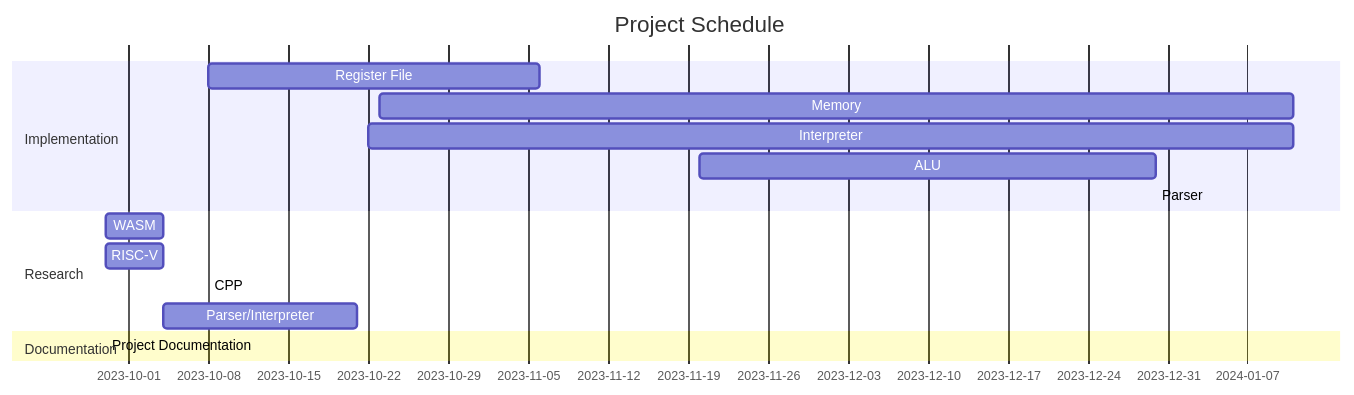
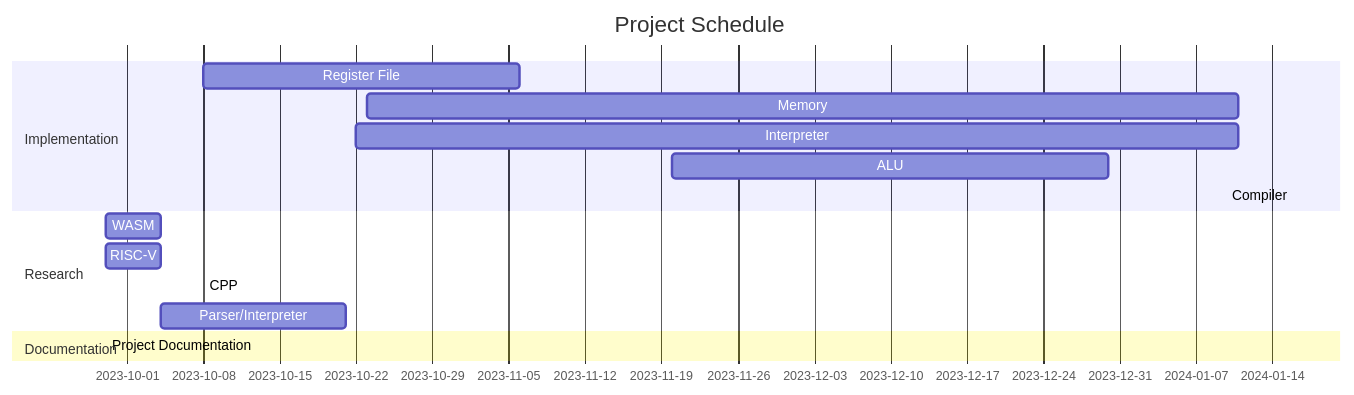
The diagram in doc/schedule.md (ldcas-uc3m/TFG), drawn with Mermaid before and after one commit. The commit also changed 15 other files, not shown here.

````diff
--- a/doc/schedule.md
+++ b/doc/schedule.md
@@ -3,27 +3,25 @@
 ``` mermaid
 gantt
     title Project Schedule
     dateFormat DD/MM/YY
 
     section Implementation
         Register File: 08/10/23, 06/11/23
         Memory: 23/10/23, 11/01/24
         Interpreter: 22/10/23, 11/01/24
         ALU: 20/11/23, 30/12/23
-        %% TODO
-        Parser:  
+        Compiler: 16/01/24, 1m  %% WIP
     section Research
         WASM: 29/09/23, 04/10/23
         RISC-V: 29/09/23, 04/10/23
-        %% WIP
-        CPP: 08/10/23, 1m
+        CPP: 08/10/23, 1m  %% WIP
         Parser/Interpreter: 04/10/23, 21/10/23
 
     section Documentation
         Project Documentation: 29/09/23, 6m
     section Report
         %% TODO
     section Evaluation
         %% TODO
 
 ```
````
